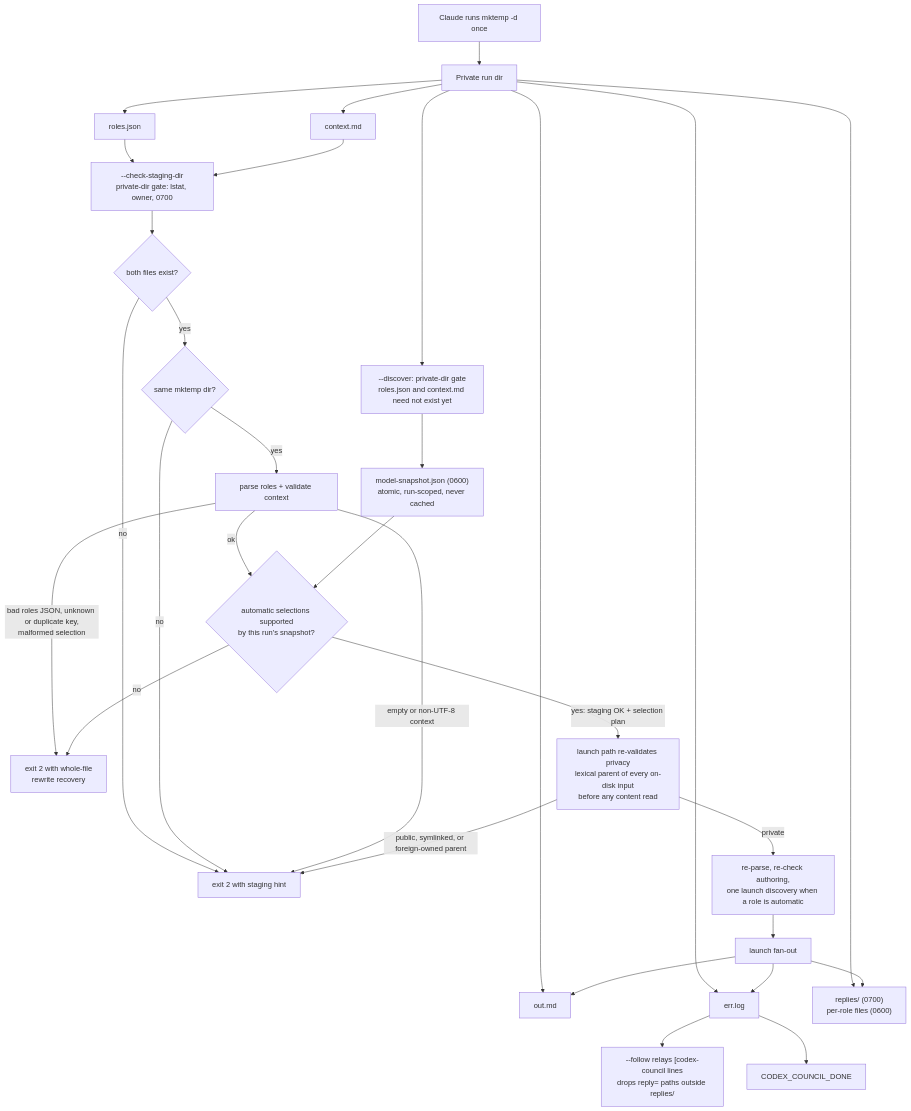
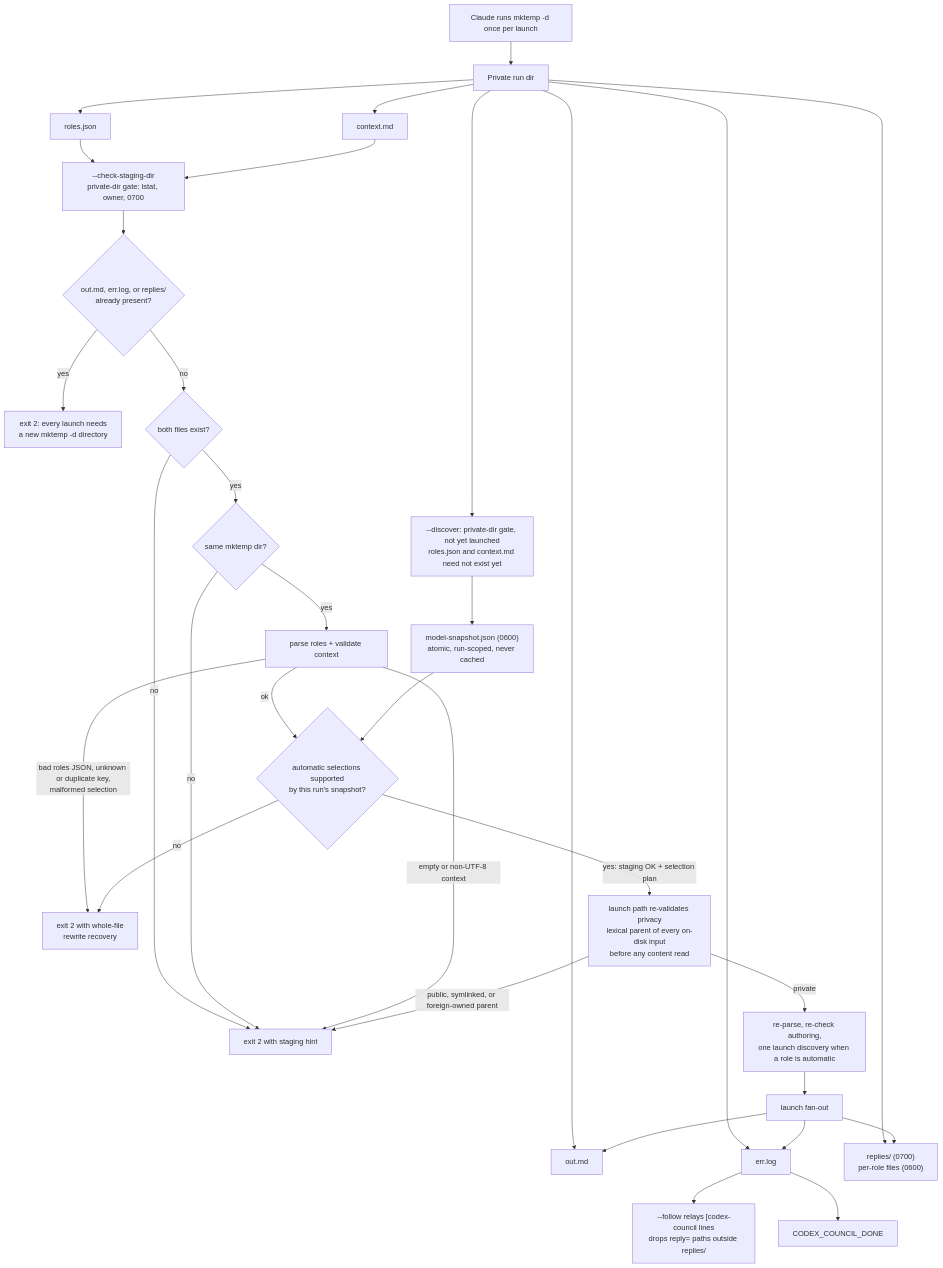
Before and after one commit to ehzawad/codex-council: the fourth of 5 diagrams in DESIGN.md, drawn with Mermaid. The commit also changed other lines of this file and 18 other files, not shown here.

````diff
--- a/DESIGN.md
+++ b/DESIGN.md
@@ -857,34 +995,36 @@
 ```mermaid
 flowchart TD
-    Mktemp["Claude runs mktemp -d once"] --> Rundir["Private run dir"]
-    Rundir --> DiscoverGate["--discover: private-dir gate<br/>roles.json and context.md need not exist yet"]
+    Mktemp["Claude runs mktemp -d once per launch"] --> Rundir["Private run dir"]
+    Rundir --> DiscoverGate["--discover: private-dir gate, not yet launched<br/>roles.json and context.md need not exist yet"]
     DiscoverGate --> Snapshot["model-snapshot.json (0600)<br/>atomic, run-scoped, never cached"]
     Rundir --> Roles["roles.json"]
     Rundir --> Context["context.md"]
     Rundir --> Out["out.md"]
     Rundir --> Err["err.log"]
     Rundir --> Replies["replies/ (0700)<br/>per-role files (0600)"]
 
     Roles --> Preflight["--check-staging-dir<br/>private-dir gate: lstat, owner, 0700"]
     Context --> Preflight
-    Preflight --> Exists{"both files exist?"}
+    Preflight --> Launched{"out.md, err.log, or replies/<br/>already present?"}
+    Launched -->|"yes"| NewDir["exit 2: every launch needs<br/>a new mktemp -d directory"]
+    Launched -->|"no"| Exists{"both files exist?"}
     Exists -->|"no"| StageError["exit 2 with staging hint"]
     Exists -->|"yes"| SameDir{"same mktemp dir?"}
     SameDir -->|"no"| StageError
     SameDir -->|"yes"| Parse["parse roles + validate context"]
     Parse -->|"empty or non-UTF-8 context"| StageError
     Parse -->|"bad roles JSON, unknown or duplicate key,<br/>malformed selection"| RolesError["exit 2 with whole-file<br/>rewrite recovery"]
     Parse -->|"ok"| Authoring{"automatic selections supported<br/>by this run's snapshot?"}
     Snapshot --> Authoring
     Authoring -->|"no"| RolesError
     Authoring -->|"yes: staging OK + selection plan"| LaunchGate["launch path re-validates privacy<br/>lexical parent of every on-disk input<br/>before any content read"]
     LaunchGate -->|"public, symlinked, or foreign-owned parent"| StageError
     LaunchGate -->|"private"| Revalidate["re-parse, re-check authoring,<br/>one launch discovery when a role is automatic"]
     Revalidate --> Launch["launch fan-out"]
 
     Launch --> Replies
     Launch --> Out
     Launch --> Err
     Err --> Follow["--follow relays [codex-council lines<br/>drops reply= paths outside replies/"]
     Err --> Sentinel["CODEX_COUNCIL_DONE"]
 ```
````
